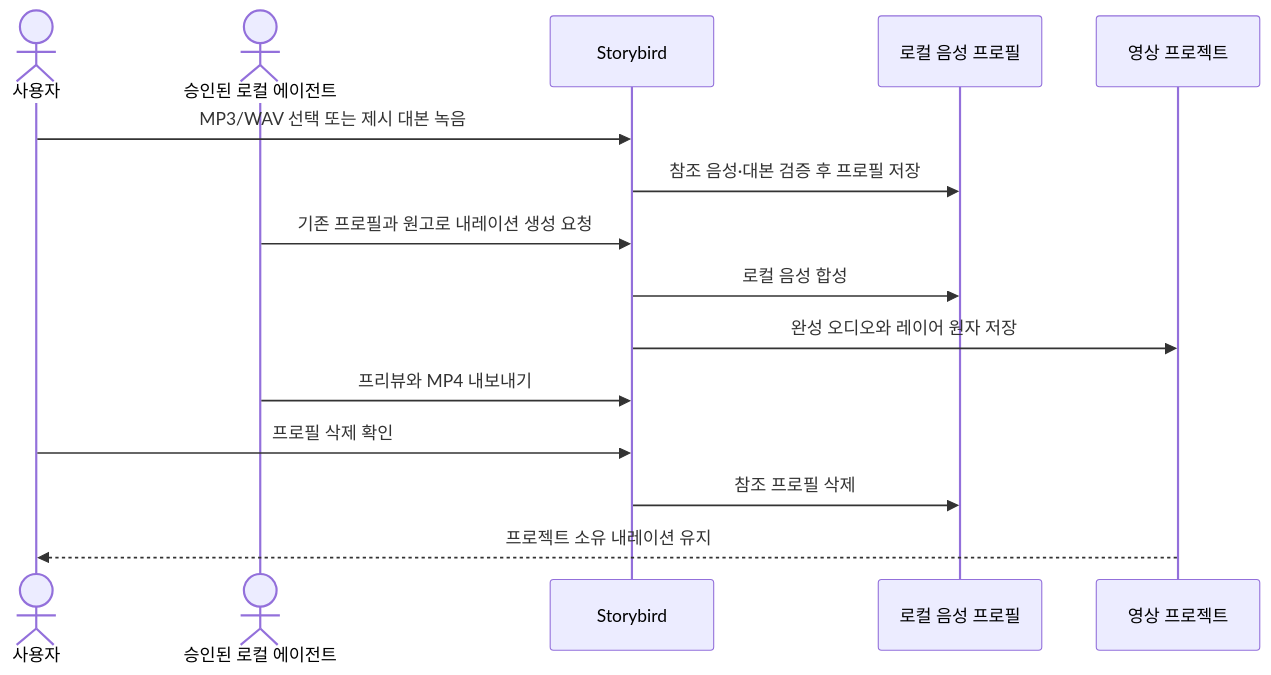
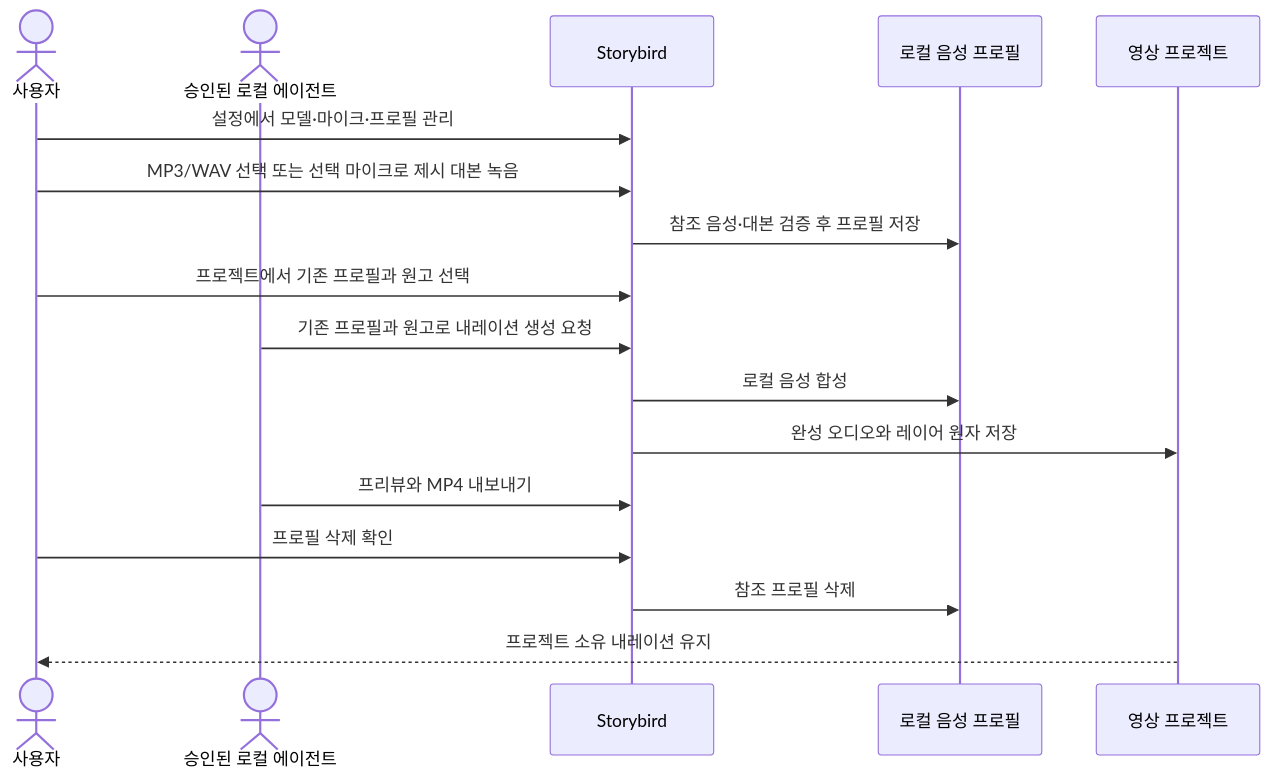
The diagram in docs/adr/voice-narration/0001-local-cloned-voice-narration.md (haandol/storybird), drawn with Mermaid before and after one commit. The commit also changed other lines of this file and 26 other files, not shown here.

````diff
--- a/docs/adr/voice-narration/0001-local-cloned-voice-narration.md
+++ b/docs/adr/voice-narration/0001-local-cloned-voice-narration.md
@@ -129,18 +166,20 @@
 ```mermaid
 sequenceDiagram
     actor User as 사용자
     actor Agent as 승인된 로컬 에이전트
     participant Storybird
     participant Voice as 로컬 음성 프로필
     participant Project as 영상 프로젝트
 
-    User->>Storybird: MP3/WAV 선택 또는 제시 대본 녹음
+    User->>Storybird: 설정에서 모델·마이크·프로필 관리
+    User->>Storybird: MP3/WAV 선택 또는 선택 마이크로 제시 대본 녹음
     Storybird->>Voice: 참조 음성·대본 검증 후 프로필 저장
+    User->>Storybird: 프로젝트에서 기존 프로필과 원고 선택
     Agent->>Storybird: 기존 프로필과 원고로 내레이션 생성 요청
     Storybird->>Voice: 로컬 음성 합성
     Storybird->>Project: 완성 오디오와 레이어 원자 저장
     Agent->>Storybird: 프리뷰와 MP4 내보내기
     User->>Storybird: 프로필 삭제 확인
     Storybird->>Voice: 참조 프로필 삭제
     Project-->>User: 프로젝트 소유 내레이션 유지
 ```
````
